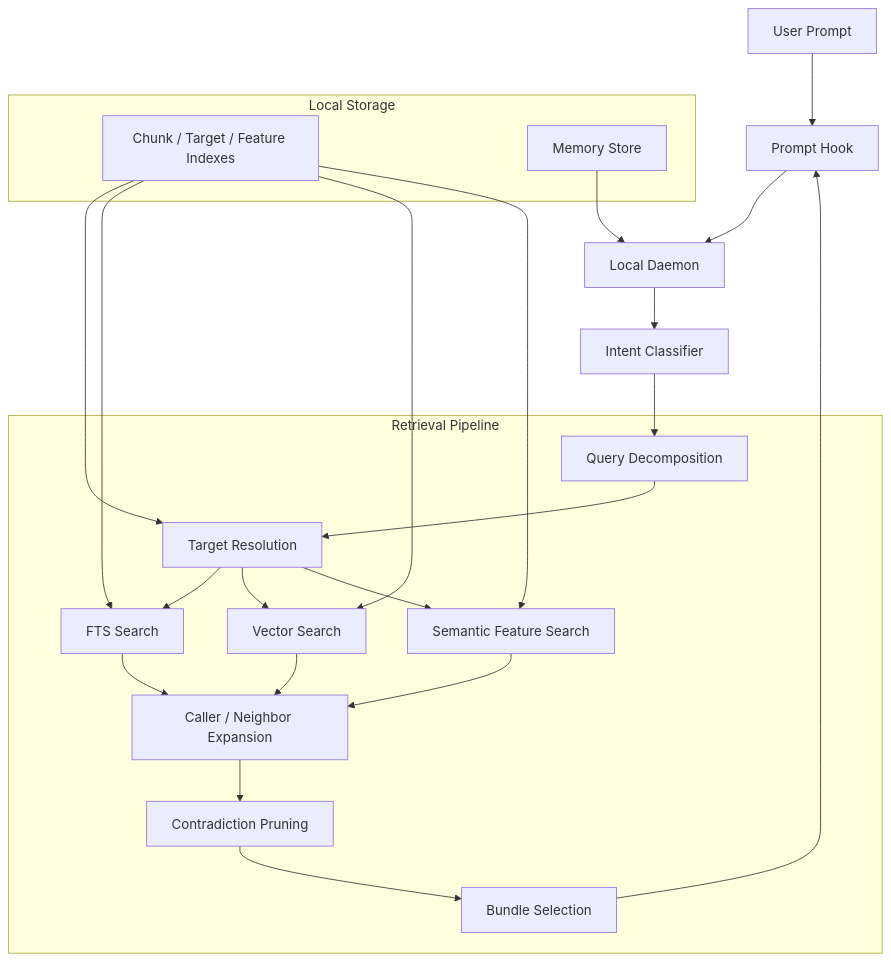
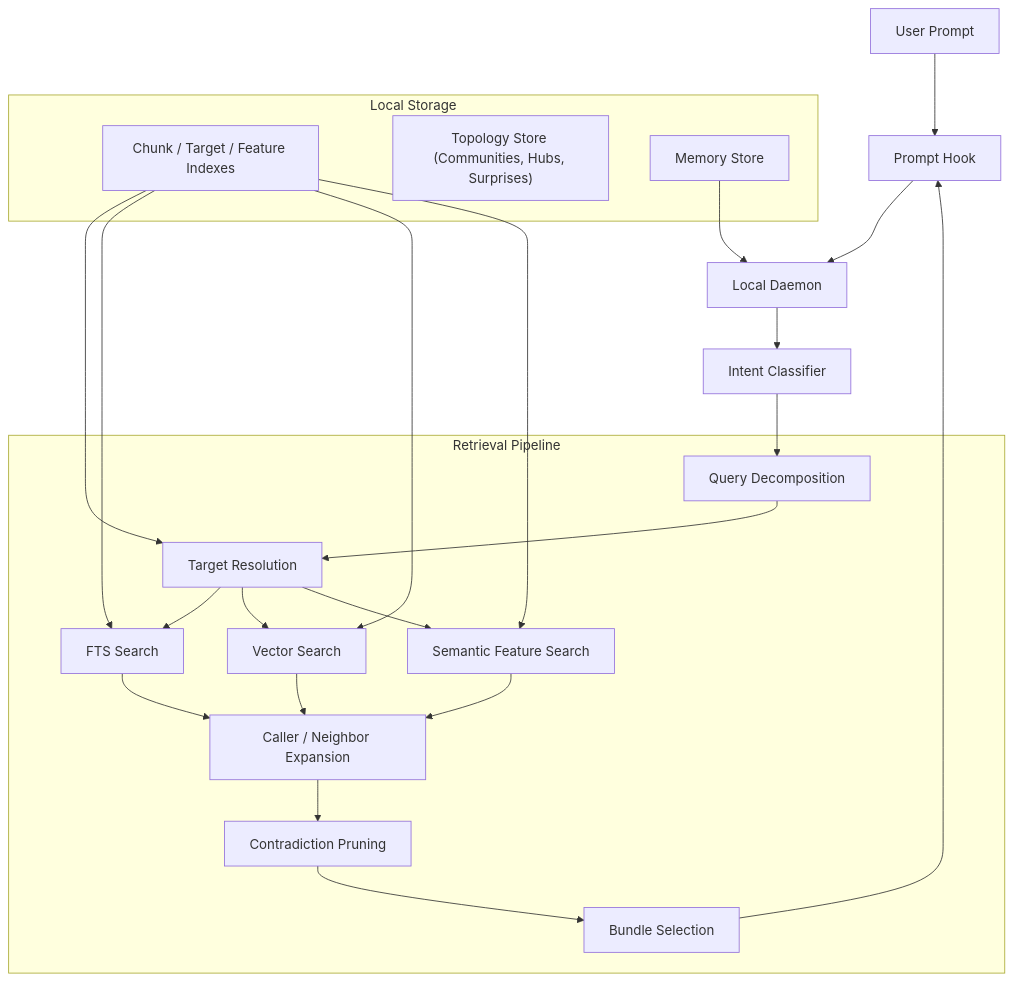
One commit to proofofwork-agency/reporecall changed the first of 2 diagrams in README.md. Above: the diagram before and after it, drawn with Mermaid. The commit also changed other lines of this file and 36 other files, not shown here.

First line of the commit message:
0.5.0: topology-aware search & architecture decomposition

````diff
--- a/README.md
+++ b/README.md
@@ -59,43 +120,44 @@
 ```mermaid
 flowchart TB
   User["User Prompt"]
   Hook["Prompt Hook"]
   Daemon["Local Daemon"]
   Intent["Intent Classifier"]
 
   subgraph Retrieval["Retrieval Pipeline"]
     Decompose["Query Decomposition"]
     Resolve["Target Resolution"]
     FTS["FTS Search"]
     Vector["Vector Search"]
     Semantic["Semantic Feature Search"]
     Graph["Caller / Neighbor Expansion"]
     Prune["Contradiction Pruning"]
     Select["Bundle Selection"]
   end
 
   subgraph Storage["Local Storage"]
     Index["Chunk / Target / Feature Indexes"]
+    Topology["Topology Store (Communities, Hubs, Surprises)"]
     Memory["Memory Store"]
   end
 
   User --> Hook
   Hook --> Daemon
   Daemon --> Intent
   Intent --> Decompose
   Decompose --> Resolve
   Resolve --> FTS
   Resolve --> Vector
   Resolve --> Semantic
   FTS --> Graph
   Vector --> Graph
   Semantic --> Graph
   Graph --> Prune
   Prune --> Select
   Select --> Hook
   Index --> Resolve
   Index --> FTS
   Index --> Vector
   Index --> Semantic
   Memory --> Daemon
 ```
````
